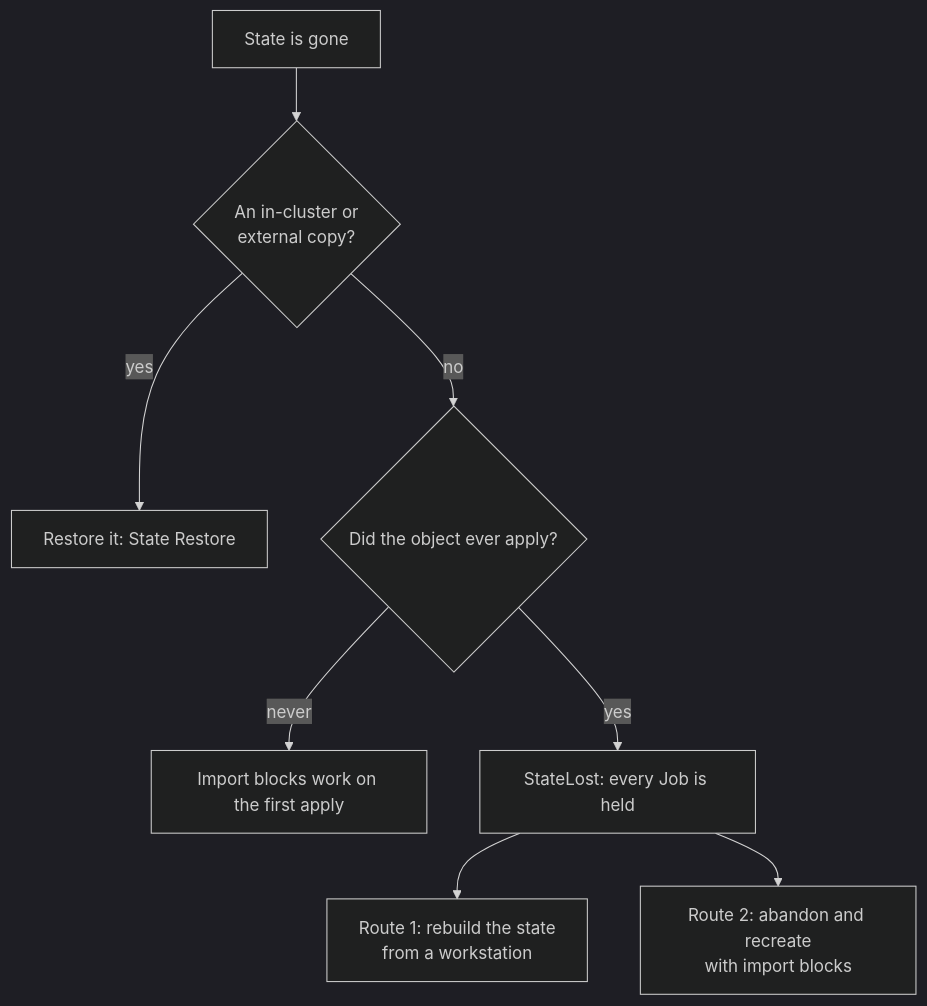
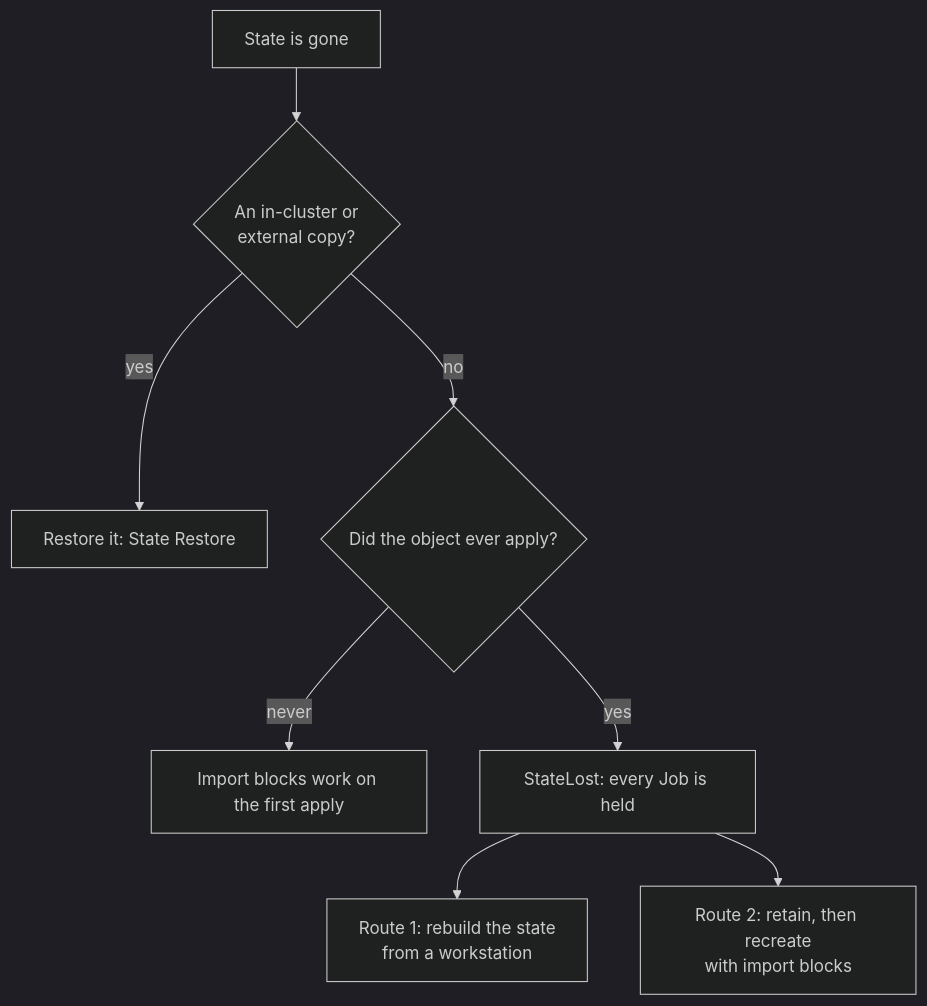
One commit to captf-io/captf-io.github.io changed the diagram in docs/docs/operator-guide/runbooks/total-state-loss.md. Above: the diagram before and after it, drawn with Mermaid (dark theme). The commit also changed other lines of this file and 43 other files, not shown here.

````diff
--- a/docs/docs/operator-guide/runbooks/total-state-loss.md
+++ b/docs/docs/operator-guide/runbooks/total-state-loss.md
@@ -37,10 +37,10 @@
 ```mermaid
 flowchart TD
     A[State is gone] --> B{An in-cluster or<br/>external copy?}
     B -- yes --> R[Restore it: State Restore]
     B -- no --> C{Did the object ever apply?}
     C -- never --> N[Import blocks work on the first apply]
     C -- yes --> H[StateLost: every Job is held]
     H --> R1[Route 1: rebuild the state<br/>from a workstation]
-    H --> R2[Route 2: abandon and recreate<br/>with import blocks]
+    H --> R2[Route 2: retain, then recreate<br/>with import blocks]
 ```
````
